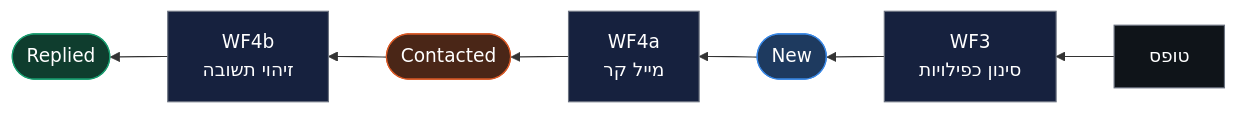
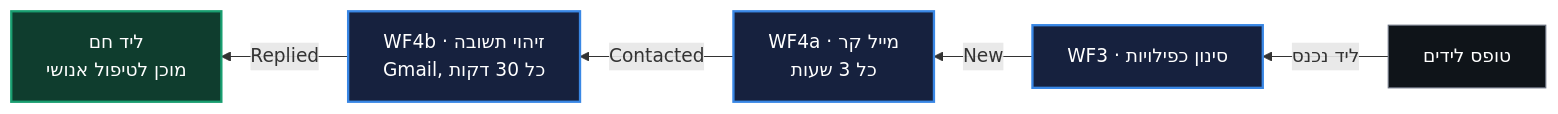
One commit to nazulay4-wq/erp-ai-n8n changed the second of 3 diagrams in README.md. Above: the diagram before and after it, drawn with Mermaid. The commit also changed other lines of this file and 16 other files, not shown here.

````diff
--- a/README.md
+++ b/README.md
@@ -111,17 +157,13 @@
 ```mermaid
 flowchart RL
-    F["טופס"] --> W3["WF3<br/>סינון כפילויות"]
-    W3 --> N(["New"])
-    N --> W4a["WF4a<br/>מייל קר"]
-    W4a --> C(["Contacted"])
-    C --> W4b["WF4b<br/>זיהוי תשובה"]
-    W4b --> R(["Replied"])
+    F["טופס לידים"] -->|ליד נכנס| W3["WF3 · סינון כפילויות"]
+    W3 -->|New| W4a["WF4a · מייל קר<br/>כל 3 שעות"]
+    W4a -->|Contacted| W4b["WF4b · זיהוי תשובה<br/>Gmail, כל 30 דקות"]
+    W4b -->|Replied| HOT["ליד חם<br/>מוכן לטיפול אנושי"]
 
-    style N fill:#1e3a5f,stroke:#3987e5,color:#fff
-    style C fill:#4a2617,stroke:#d95926,color:#fff
-    style R fill:#0f3d2e,stroke:#199e70,color:#fff
-    style W3 fill:#16213e,stroke:#6b7280,color:#fff
-    style W4a fill:#16213e,stroke:#6b7280,color:#fff
-    style W4b fill:#16213e,stroke:#6b7280,color:#fff
     style F fill:#0f1419,stroke:#6b7280,color:#fff
+    style W3 fill:#16213e,stroke:#3987e5,stroke-width:2px,color:#fff
+    style W4a fill:#16213e,stroke:#3987e5,stroke-width:2px,color:#fff
+    style W4b fill:#16213e,stroke:#3987e5,stroke-width:2px,color:#fff
+    style HOT fill:#0f3d2e,stroke:#199e70,stroke-width:2px,color:#fff
 ```
````
